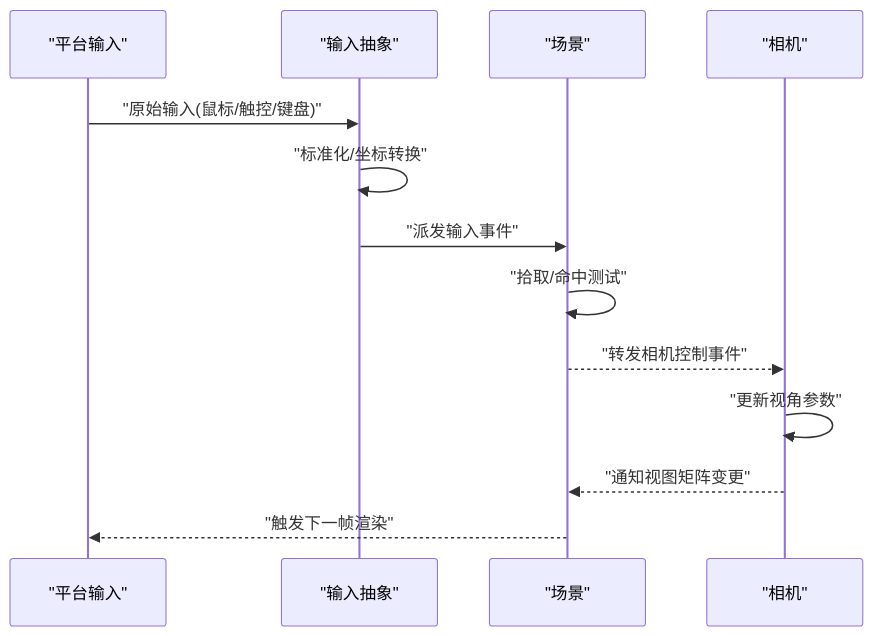
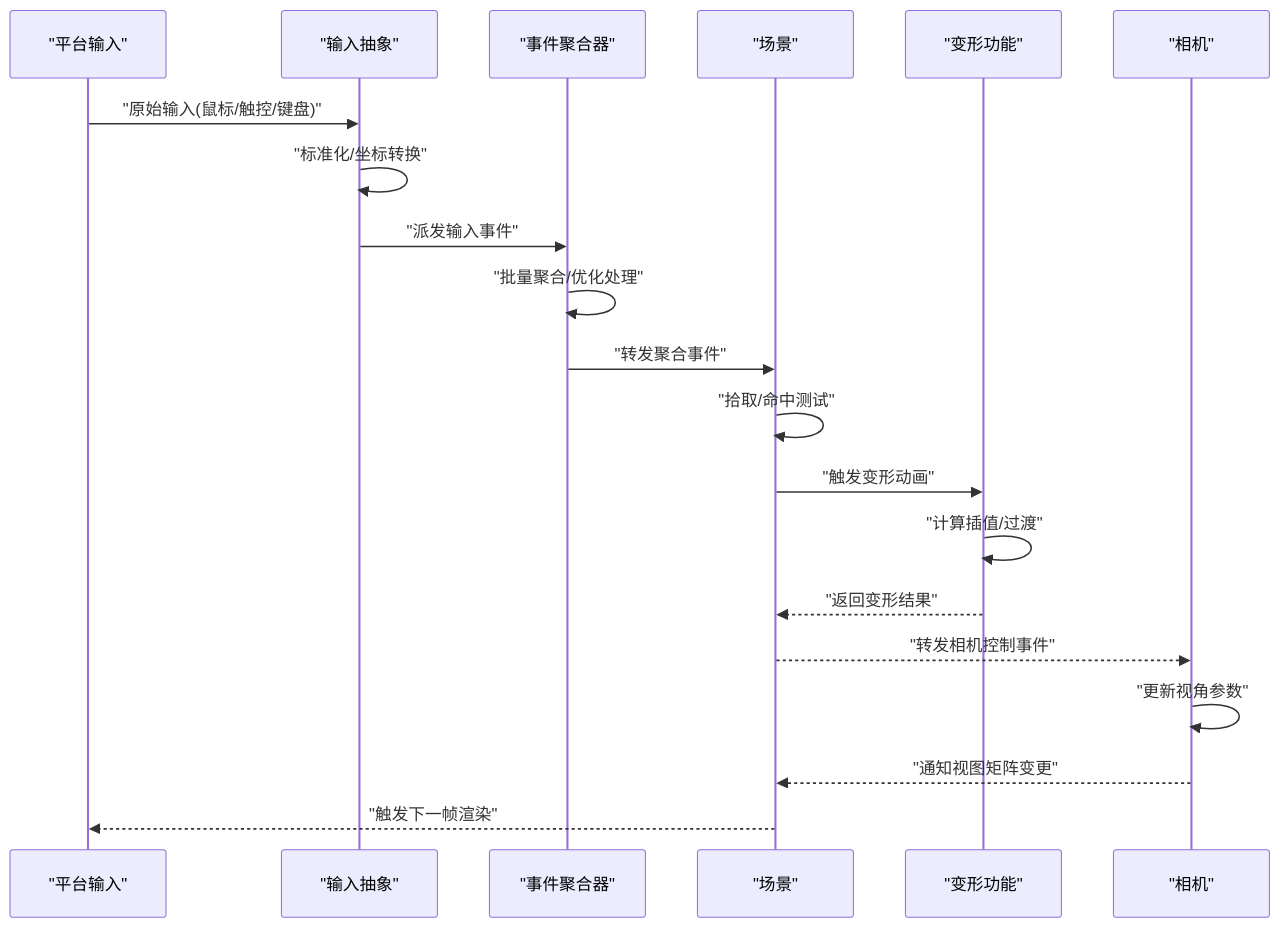
One commit to rzhangjing/cesium changed the second of 7 diagrams in .qoder/repowiki/zh/content/项目概述/核心特性/相机与交互控制/交互框架.md. Above: the diagram before and after it, drawn with Mermaid. The commit also changed other lines of this file and 30 other files, not shown here.

````diff
--- a/.qoder/repowiki/zh/content/项目概述/核心特性/相机与交互控制/交互框架.md
+++ b/.qoder/repowiki/zh/content/项目概述/核心特性/相机与交互控制/交互框架.md
@@ -88,15 +120,22 @@
 ```mermaid
 sequenceDiagram
 participant UI as "平台输入"
 participant Input as "输入抽象"
+participant EventAgg as "事件聚合器"
 participant Scene as "场景"
+participant Morphing as "变形功能"
 participant Camera as "相机"
 UI->>Input : "原始输入(鼠标/触控/键盘)"
 Input->>Input : "标准化/坐标转换"
-Input->>Scene : "派发输入事件"
+Input->>EventAgg : "派发输入事件"
+EventAgg->>EventAgg : "批量聚合/优化处理"
+EventAgg->>Scene : "转发聚合事件"
 Scene->>Scene : "拾取/命中测试"
+Scene->>Morphing : "触发变形动画"
+Morphing->>Morphing : "计算插值/过渡"
+Morphing-->>Scene : "返回变形结果"
 Scene-->>Camera : "转发相机控制事件"
 Camera->>Camera : "更新视角参数"
 Camera-->>Scene : "通知视图矩阵变更"
 Scene-->>UI : "触发下一帧渲染"
 ```
````
